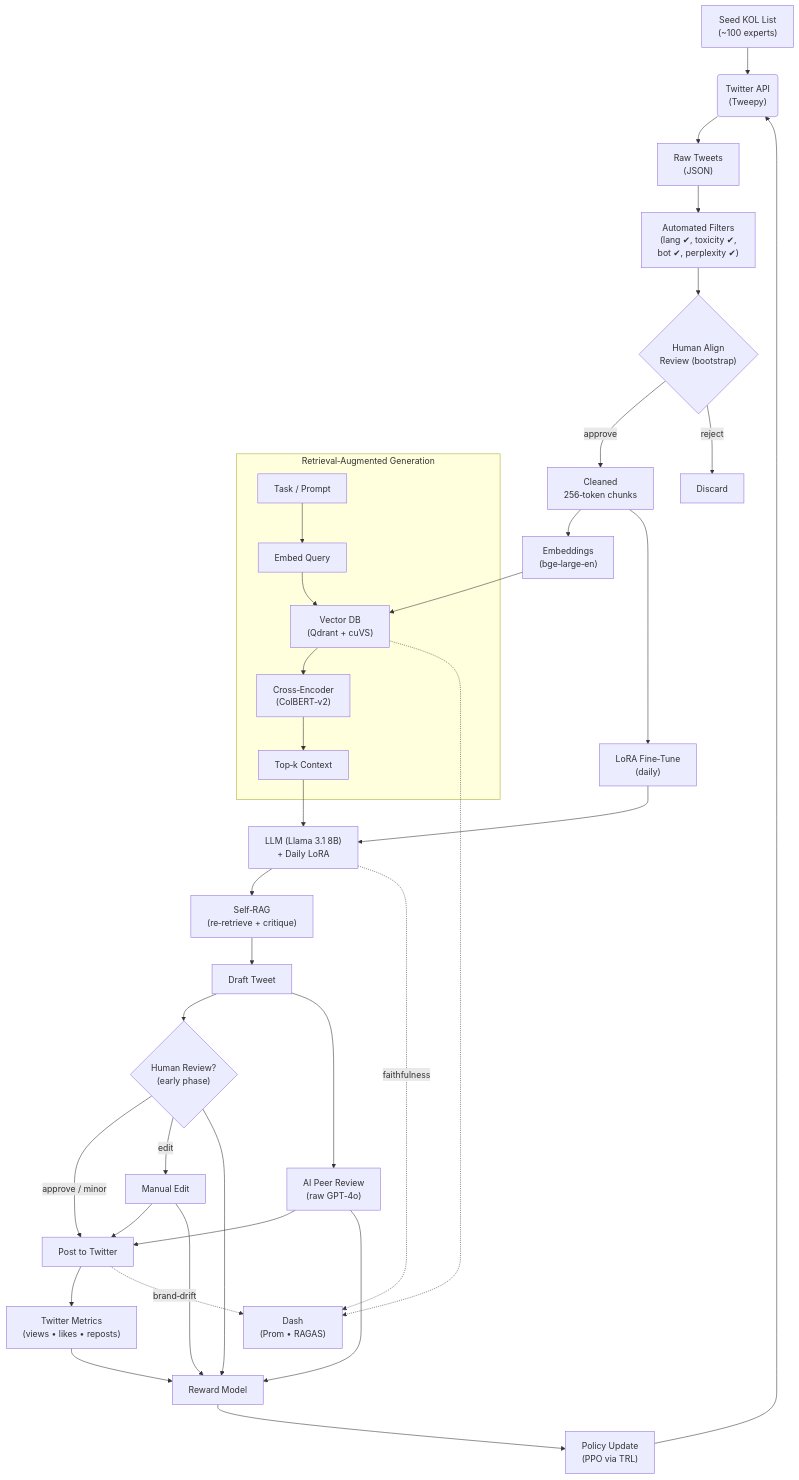
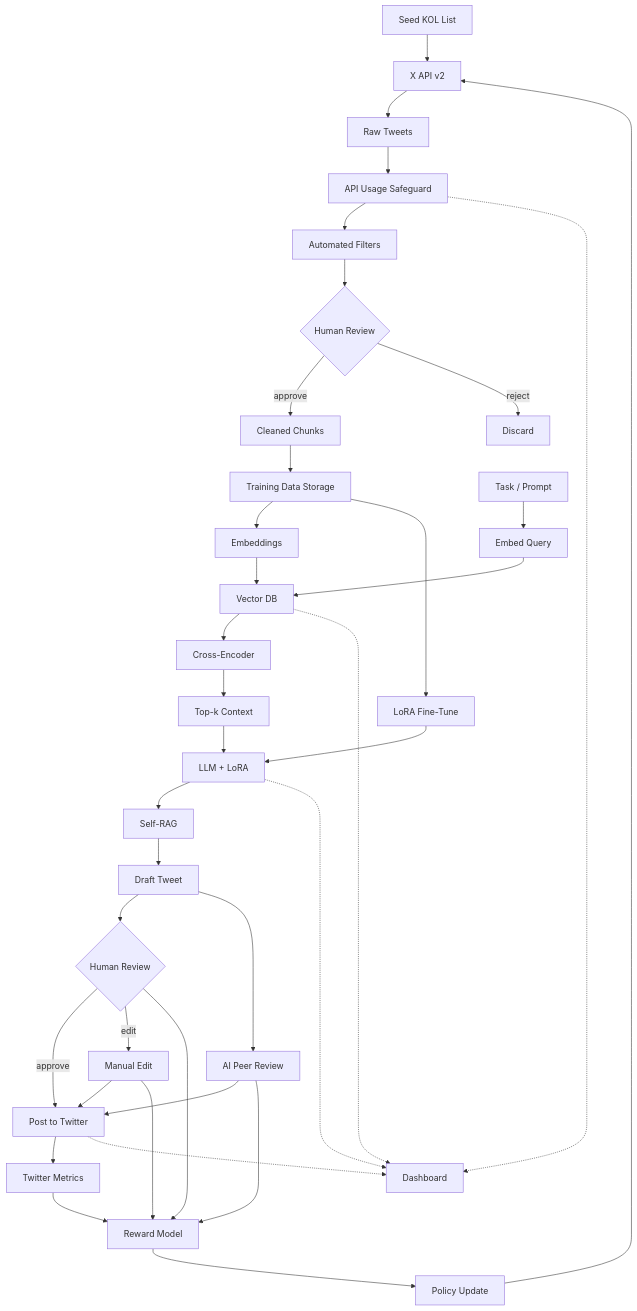
Before and after one commit to Slimebro1231/Xinfluencer: the diagram in flow.md, drawn with Mermaid. The commit also changed other lines of this file and 96 other files, not shown here.

````diff
--- a/flow.md
+++ b/flow.md
@@ -7,56 +7,49 @@
 ```mermaid
 flowchart TD
-    %% ========== INGESTION ==========
-    KOL["Seed KOL List<br/>(~100 experts)"] --> TWAPI("Twitter API<br/>(Tweepy)")
-    TWAPI --> RAW["Raw Tweets<br/>(JSON)"]
-
-    %% ========== DATA QUALITY & HUMAN ALIGNMENT ==========
-    RAW --> QC["Automated Filters<br/>(lang ✔, toxicity ✔,<br/>bot ✔, perplexity ✔)"]
-    QC --> HREV{"Human Align<br/>Review (bootstrap)"}
-    HREV -- "approve" --> CHUNK["Cleaned<br/>256‑token chunks"]
-    HREV -- "reject" --> DISCARD["Discard"]
-
-    %% ========== VECTOR & RAG ==========
-    CHUNK --> EMB["Embeddings<br/>(bge‑large‑en)"]
-    EMB --> VDB["Vector DB<br/>(Qdrant + cuVS)"]
-
-    subgraph RAG["Retrieval‑Augmented Generation"]
-        QUERY["Task / Prompt"] --> QEMB["Embed Query"]
-        QEMB --> VDB
-        VDB --> RERANK["Cross‑Encoder<br/>(ColBERT‑v2)"]
-        RERANK --> CONTEXT["Top‑k Context"]
-    end
-
-    %% ========== GENERATION & SELF‑CRITIQUE ==========
-    CONTEXT --> LLM["LLM (Llama 3.1 8B)<br/>+ Daily LoRA"]
-    LLM --> SELF["Self‑RAG<br/>(re‑retrieve + critique)"]
-    SELF --> DRAFT["Draft Tweet"]
-
-    %% ========== REVIEW CHANNELS ==========
-    DRAFT --> POREV{"Human Review?<br/>(early phase)"}
-    DRAFT --> AIREV["AI Peer Review<br/>(raw GPT‑4o)"]
-
-    POREV -- "approve / minor" --> POST["Post to Twitter"]
-    POREV -- "edit" --> EDIT["Manual Edit"]
+    KOL[Seed KOL List] --> TWAPI[X API v2]
+    TWAPI --> RAW[Raw Tweets]
+    
+    RAW --> SAFEGUARD[API Usage Safeguard]
+    SAFEGUARD --> QC[Automated Filters]
+    QC --> HREV{Human Review}
+    HREV -->|approve| CHUNK[Cleaned Chunks]
+    HREV -->|reject| DISCARD[Discard]
+    
+    CHUNK --> TRAIN[Training Data Storage]
+    TRAIN --> EMB[Embeddings]
+    EMB --> VDB[Vector DB]
+    
+    QUERY[Task / Prompt] --> QEMB[Embed Query]
+    QEMB --> VDB
+    VDB --> RERANK[Cross-Encoder]
+    RERANK --> CONTEXT[Top-k Context]
+    
+    CONTEXT --> LLM[LLM + LoRA]
+    LLM --> SELF[Self-RAG]
+    SELF --> DRAFT[Draft Tweet]
+    
+    DRAFT --> POREV{Human Review}
+    DRAFT --> AIREV[AI Peer Review]
+    
+    POREV -->|approve| POST[Post to Twitter]
+    POREV -->|edit| EDIT[Manual Edit]
     EDIT --> POST
-    EDIT --> REWARD
+    EDIT --> REWARD[Reward Model]
     AIREV --> POST
-
-    %% ========== FEEDBACK / REWARD ==========
-    POST --> METRICS["Twitter Metrics<br/>(views • likes • reposts)"]
-    POREV --> REWARD["Reward Model"]
+    
+    POST --> METRICS[Twitter Metrics]
+    POREV --> REWARD
     AIREV --> REWARD
     METRICS --> REWARD
-
-    REWARD --> PPO["Policy Update<br/>(PPO via TRL)"]
+    
+    REWARD --> PPO[Policy Update]
     PPO --> TWAPI
-
-    %% ========== CONTINUAL TUNING ==========
-    CHUNK --> LORAFT["LoRA Fine‑Tune<br/>(daily)"]
+    
+    TRAIN --> LORAFT[LoRA Fine-Tune]
     LORAFT --> LLM
-
-    %% ========== MONITORING ==========
-    VDB -.-> DASH["Dash<br/>(Prom • RAGAS)"]
-    LLM -. faithfulness .-> DASH
-    POST -. brand‑drift .-> DASH
+    
+    VDB -.-> DASH[Dashboard]
+    LLM -.-> DASH
+    POST -.-> DASH
+    SAFEGUARD -.-> DASH
 ```
````
